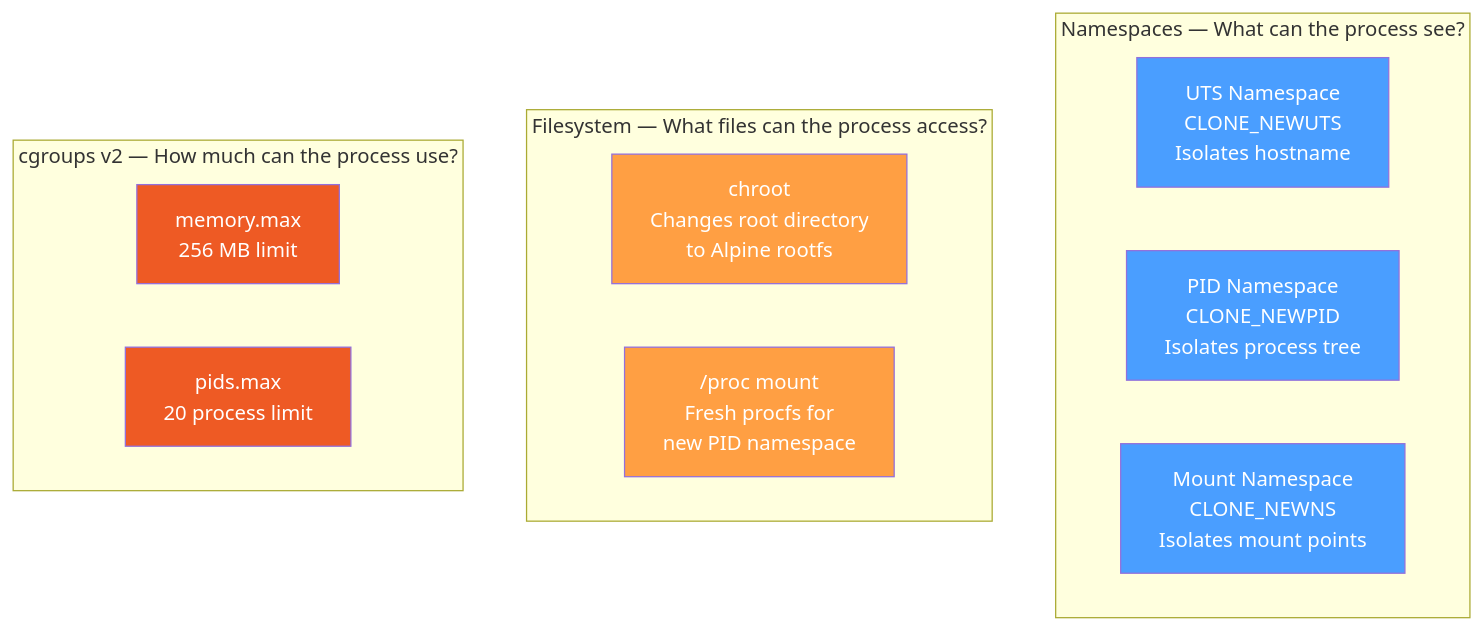
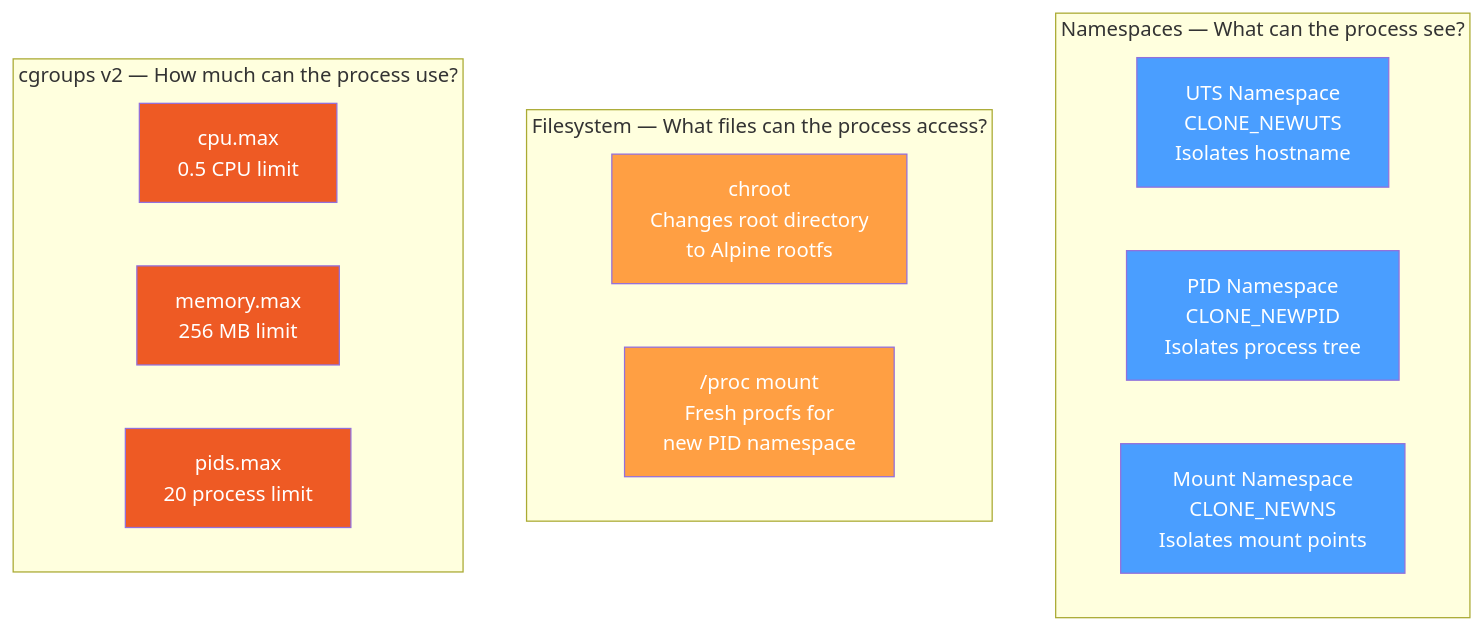
The third of 3 diagrams in README.md (paveg/gontainer), drawn with Mermaid before and after one commit. The commit also changed other lines of this file and 2 other files, not shown here.

First line of the commit message:
feat: add CPU limit and cgroup cleanup on exit

````diff
--- a/README.md
+++ b/README.md
@@ -58,26 +58,28 @@
 ```mermaid
 graph TB
     subgraph ns ["Namespaces — What can the process see?"]
         UTS["UTS Namespace<br/>CLONE_NEWUTS<br/>Isolates hostname"]
         PID["PID Namespace<br/>CLONE_NEWPID<br/>Isolates process tree"]
         MNT["Mount Namespace<br/>CLONE_NEWNS<br/>Isolates mount points"]
     end
 
     subgraph fs ["Filesystem — What files can the process access?"]
         CHR["chroot<br/>Changes root directory<br/>to Alpine rootfs"]
         PROC["/proc mount<br/>Fresh procfs for<br/>new PID namespace"]
     end
 
     subgraph cg ["cgroups v2 — How much can the process use?"]
+        CPU["cpu.max<br/>0.5 CPU limit"]
         MEM["memory.max<br/>256 MB limit"]
         PIDS["pids.max<br/>20 process limit"]
     end
 
     style UTS fill:#4a9eff,color:#fff
     style PID fill:#4a9eff,color:#fff
     style MNT fill:#4a9eff,color:#fff
     style CHR fill:#ff9f43,color:#fff
     style PROC fill:#ff9f43,color:#fff
+    style CPU fill:#ee5a24,color:#fff
     style MEM fill:#ee5a24,color:#fff
     style PIDS fill:#ee5a24,color:#fff
 ```
````
